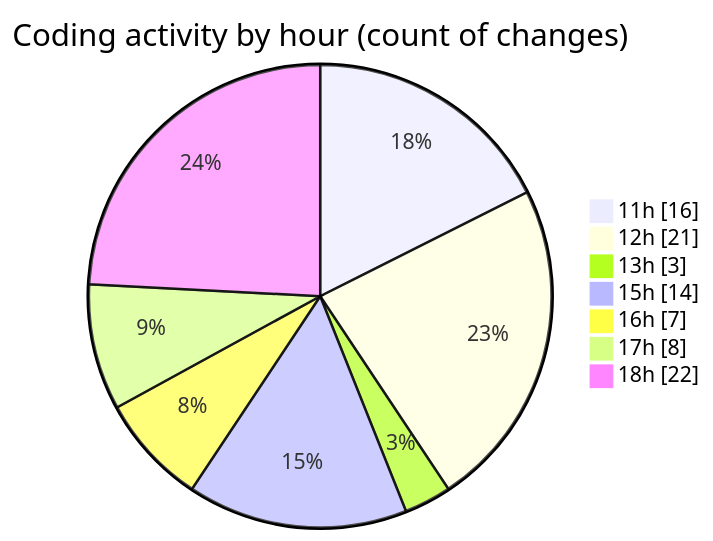
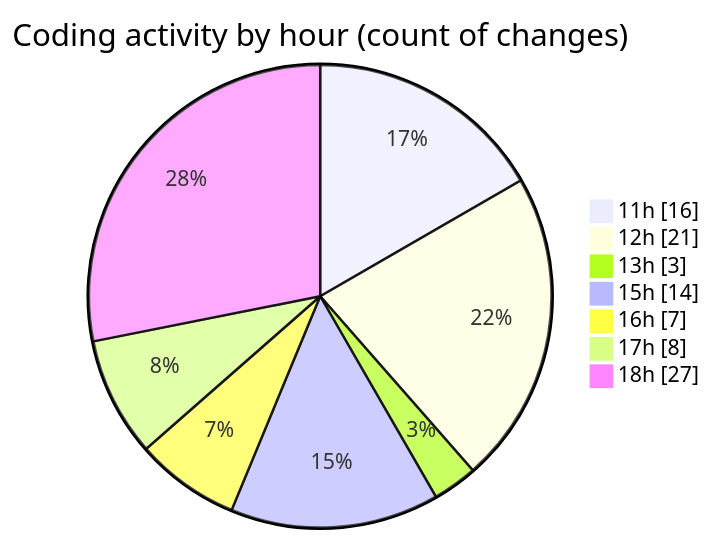
The second of 2 diagrams in 2025-09-30/nxtqube_webapp/README.md (nxtqubesakshisongat/code-tracking), drawn with Mermaid before and after one commit. The commit also changed other lines of this file and 1 other file, not shown here.

````diff
--- a/2025-09-30/nxtqube_webapp/README.md
+++ b/2025-09-30/nxtqube_webapp/README.md
@@ -34,11 +34,11 @@
 ```mermaid
 pie showData
 title Coding activity by hour (count of changes)
 "11h" : 16
 "12h" : 21
 "13h" : 3
 "15h" : 14
 "16h" : 7
 "17h" : 8
-"18h" : 22
+"18h" : 27
 ```
````
